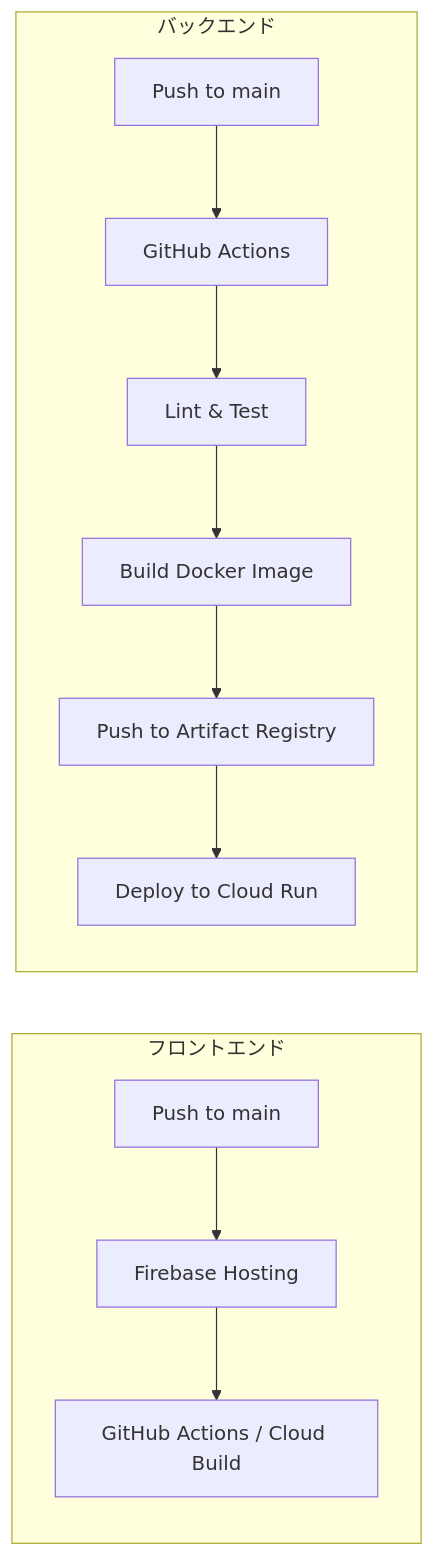
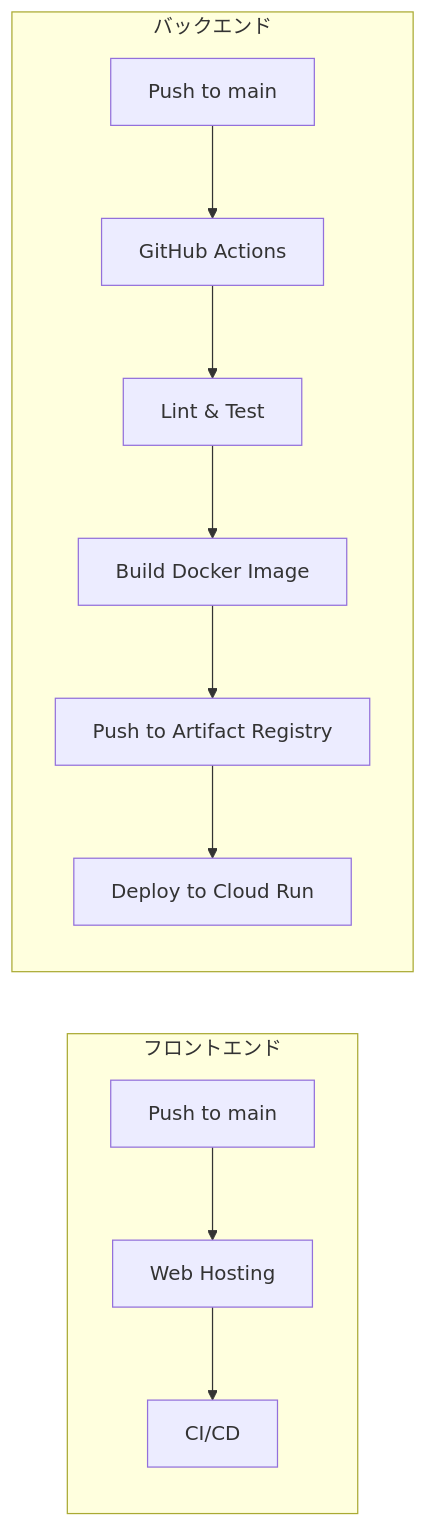
Before and after one commit to nuance-sudo/drawing-practice-agent-gch4: the first of 3 diagrams in docs/architecture.md, drawn with Mermaid. The commit also changed other lines of this file and 10 other files, not shown here.

````diff
--- a/docs/architecture.md
+++ b/docs/architecture.md
@@ -86,15 +91,15 @@
 ```mermaid
 flowchart LR
     subgraph Frontend["フロントエンド"]
-        A1[Push to main] --> B1[Firebase Hosting]
-        B1 --> C1[GitHub Actions / Cloud Build]
+        A1[Push to main] --> B1[Web Hosting]
+        B1 --> C1[CI/CD]
     end
     
     subgraph Backend["バックエンド"]
         A2[Push to main] --> B2[GitHub Actions]
         B2 --> C2[Lint & Test]
         C2 --> D2[Build Docker Image]
         D2 --> E2[Push to Artifact Registry]
         E2 --> F2[Deploy to Cloud Run]
     end
 ```
````
